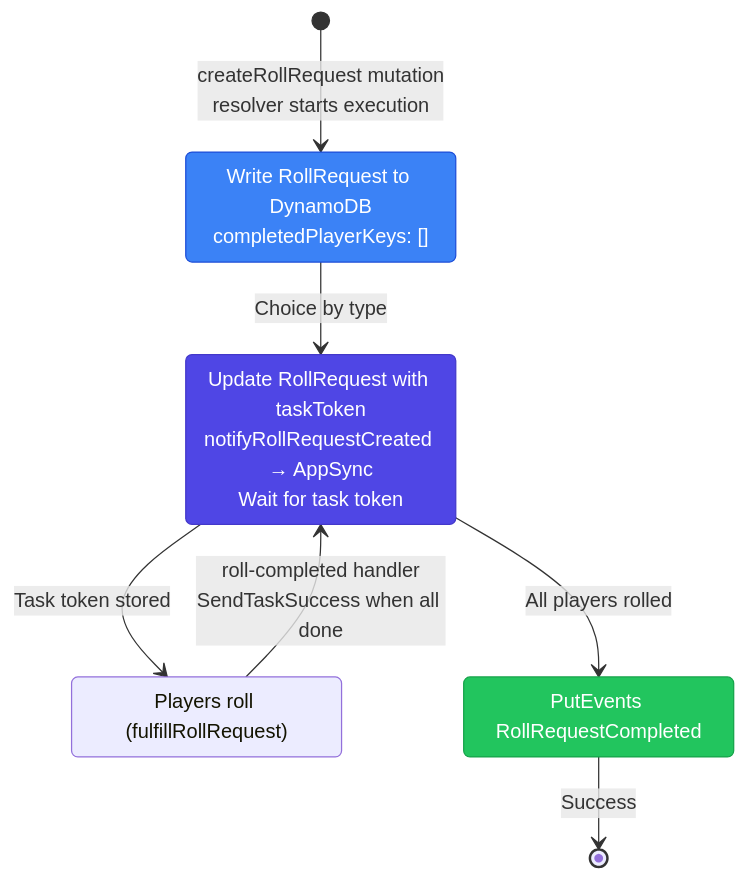
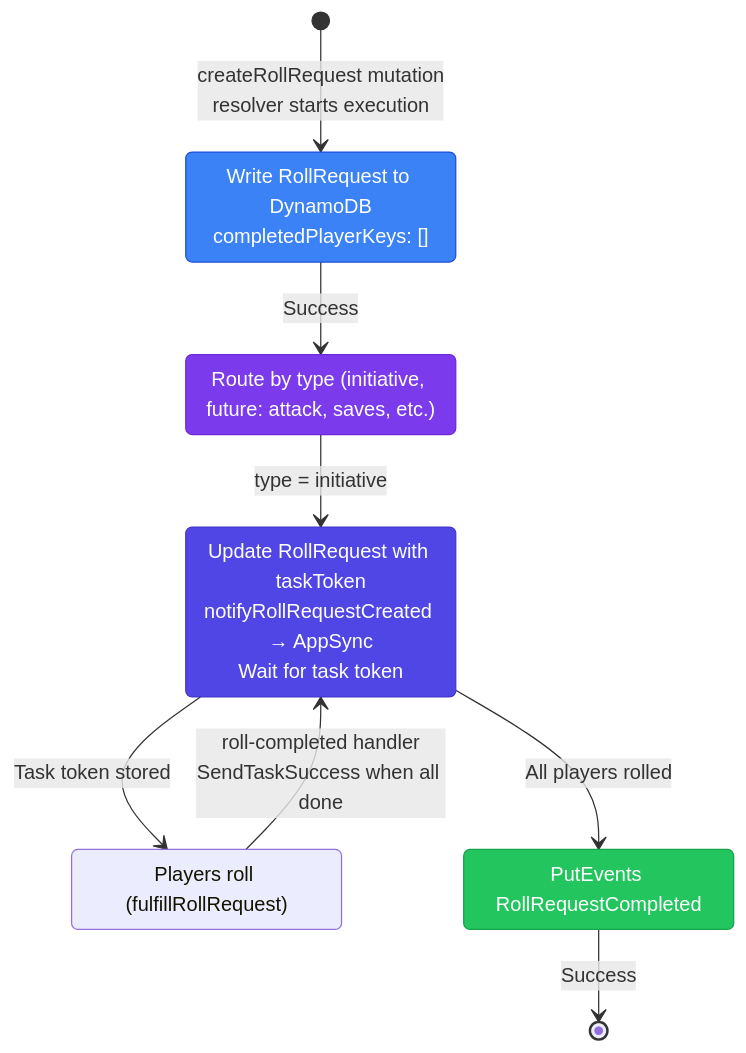
Before and after one commit to Puzzlebottom/puzzlebottom-tabletop-tools: the second of 2 diagrams in docs/architecture.md, drawn with Mermaid. The commit also changed other lines of this file and 3 other files, not shown here.

````diff
--- a/docs/architecture.md
+++ b/docs/architecture.md
@@ -146,23 +149,28 @@
 ```mermaid
 stateDiagram-v2
     [*] --> PersistRollRequest: createRollRequest mutation<br/>resolver starts execution
 
     PersistRollRequest: Write RollRequest to DynamoDB<br/>completedPlayerKeys: []
 
-    PersistRollRequest --> InitiativeCreateHandler: Choice by type
+    PersistRollRequest --> ChoiceByType: Success
+
+    ChoiceByType: Route by type (initiative, future: attack, saves, etc.)
+
+    ChoiceByType --> InitiativeCreateHandler: type = initiative
 
     InitiativeCreateHandler: Update RollRequest with taskToken<br/>notifyRollRequestCreated → AppSync<br/>Wait for task token
 
     state "Players roll (fulfillRollRequest)" as Players
     InitiativeCreateHandler --> Players: Task token stored
     Players --> InitiativeCreateHandler: roll-completed handler<br/>SendTaskSuccess when all done
 
     PublishRollRequestCompleted: PutEvents RollRequestCompleted
 
     InitiativeCreateHandler --> PublishRollRequestCompleted: All players rolled
     PublishRollRequestCompleted --> [*]: Success
 
     style PersistRollRequest fill:#3b82f6,stroke:#1d4ed8,color:#fff
+    style ChoiceByType fill:#7c3aed,stroke:#6d28d9,color:#fff
     style InitiativeCreateHandler fill:#4f46e5,stroke:#4338ca,color:#fff
     style PublishRollRequestCompleted fill:#22c55e,stroke:#16a34a,color:#fff
 ```
````
